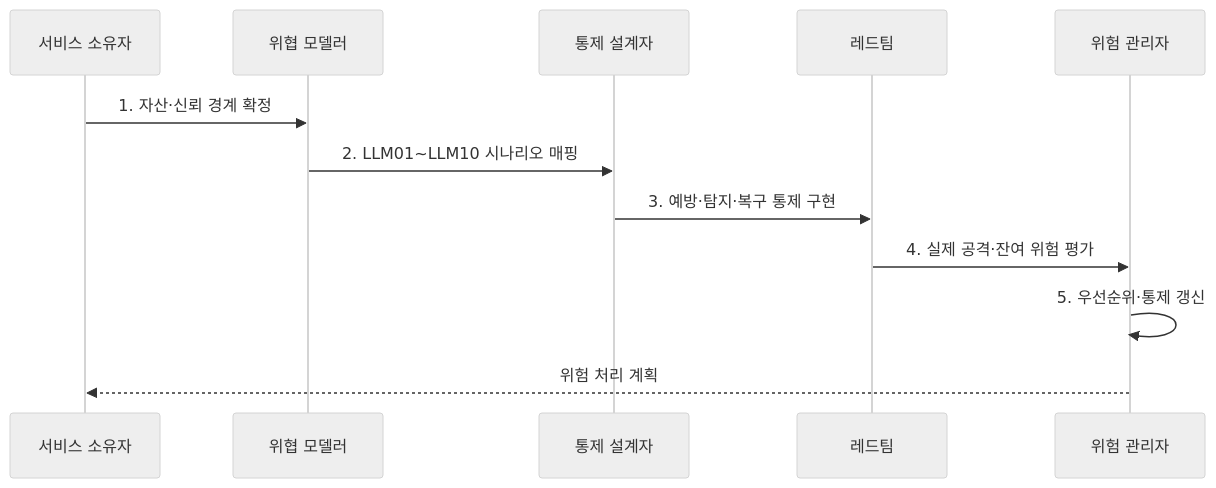
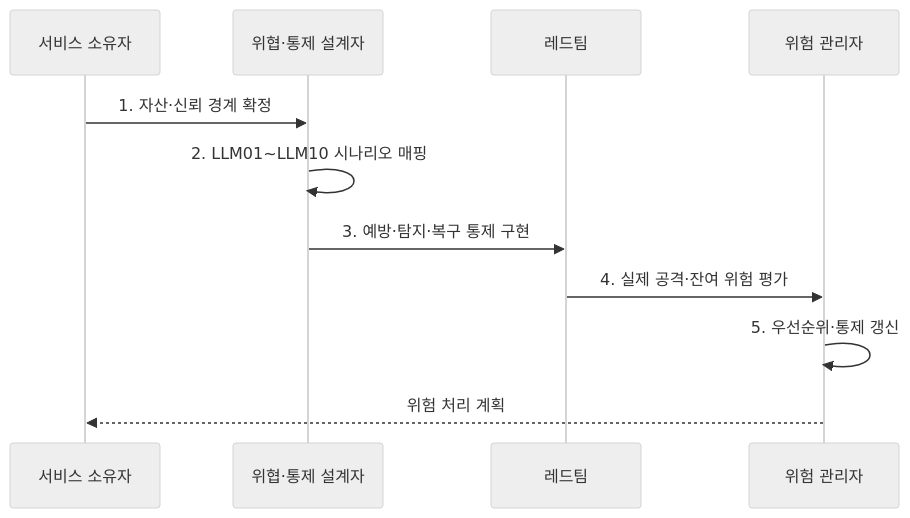
One commit to agnusdei1207/knowledge-base changed the diagram in src/content/docs/notes/05-security/088_owasp_llm_top_10.md. Above: the diagram before and after it, drawn with Mermaid (neutral theme). The commit also changed 9 other files, not shown here.

Commit message:
Simplify AI security sequence actors

````diff
--- a/src/content/docs/notes/05-security/088_owasp_llm_top_10.md
+++ b/src/content/docs/notes/05-security/088_owasp_llm_top_10.md
@@ -84,14 +84,13 @@
 ```mermaid
 sequenceDiagram
     participant O as 서비스 소유자
-    participant T as 위협 모델러
-    participant C as 통제 설계자
+    participant C as 위협·통제 설계자
     participant R as 레드팀
     participant G as 위험 관리자
-    O->>T: 1. 자산·신뢰 경계 확정
-    T->>C: 2. LLM01~LLM10 시나리오 매핑
+    O->>C: 1. 자산·신뢰 경계 확정
+    C->>C: 2. LLM01~LLM10 시나리오 매핑
     C->>R: 3. 예방·탐지·복구 통제 구현
     R->>G: 4. 실제 공격·잔여 위험 평가
     G->>G: 5. 우선순위·통제 갱신
     G-->>O: 위험 처리 계획
 ```
````
